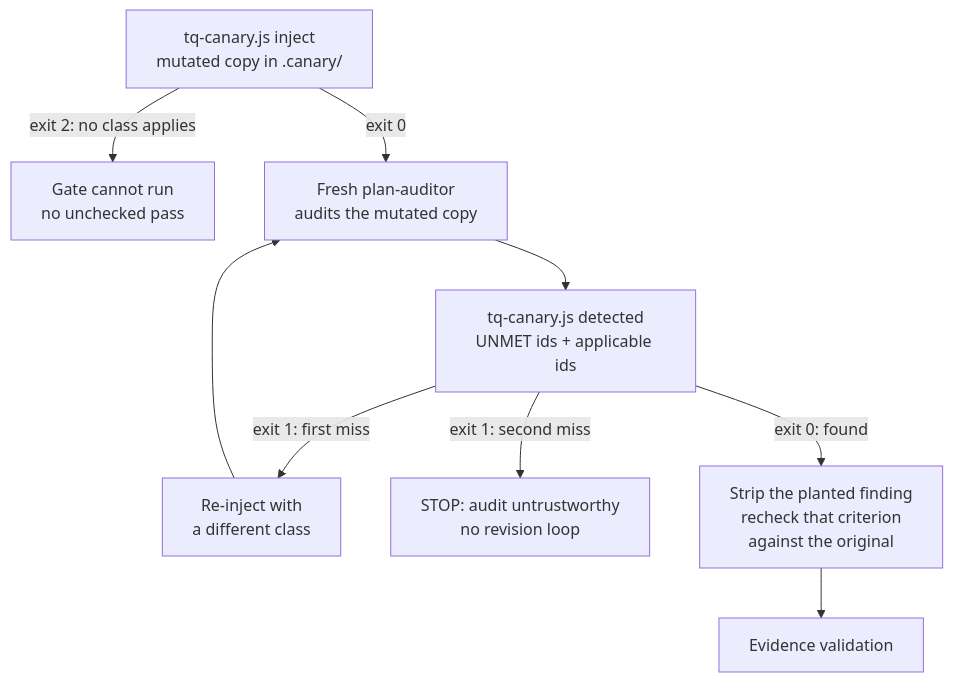
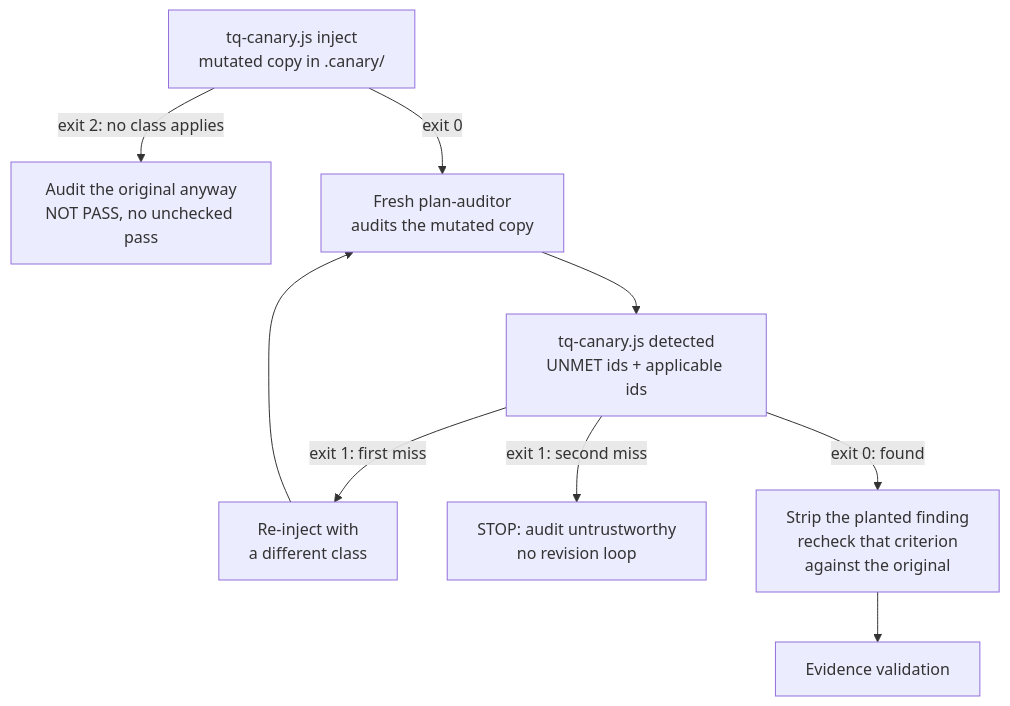
The first of 2 diagrams in documentation/the-design-gate.md (krwhynot/toque), drawn with Mermaid before and after one commit. The commit also changed other lines of this file and 12 other files, not shown here.

````diff
--- a/documentation/the-design-gate.md
+++ b/documentation/the-design-gate.md
@@ -33,12 +33,12 @@
 ```mermaid
 flowchart TD
   A["tq-canary.js inject<br/>mutated copy in .canary/"]
-  A -->|"exit 2: no class applies"| A2["Gate cannot run<br/>no unchecked pass"]
+  A -->|"exit 2: no class applies"| A2["Audit the original anyway<br/>NOT PASS, no unchecked pass"]
   A -->|"exit 0"| B["Fresh plan-auditor<br/>audits the mutated copy"]
   B --> C["tq-canary.js detected<br/>UNMET ids + applicable ids"]
   C -->|"exit 1: first miss"| D["Re-inject with<br/>a different class"]
   D --> B
   C -->|"exit 1: second miss"| E["STOP: audit untrustworthy<br/>no revision loop"]
   C -->|"exit 0: found"| F["Strip the planted finding<br/>recheck that criterion<br/>against the original"]
   F --> G["Evidence validation"]
 ```
````
